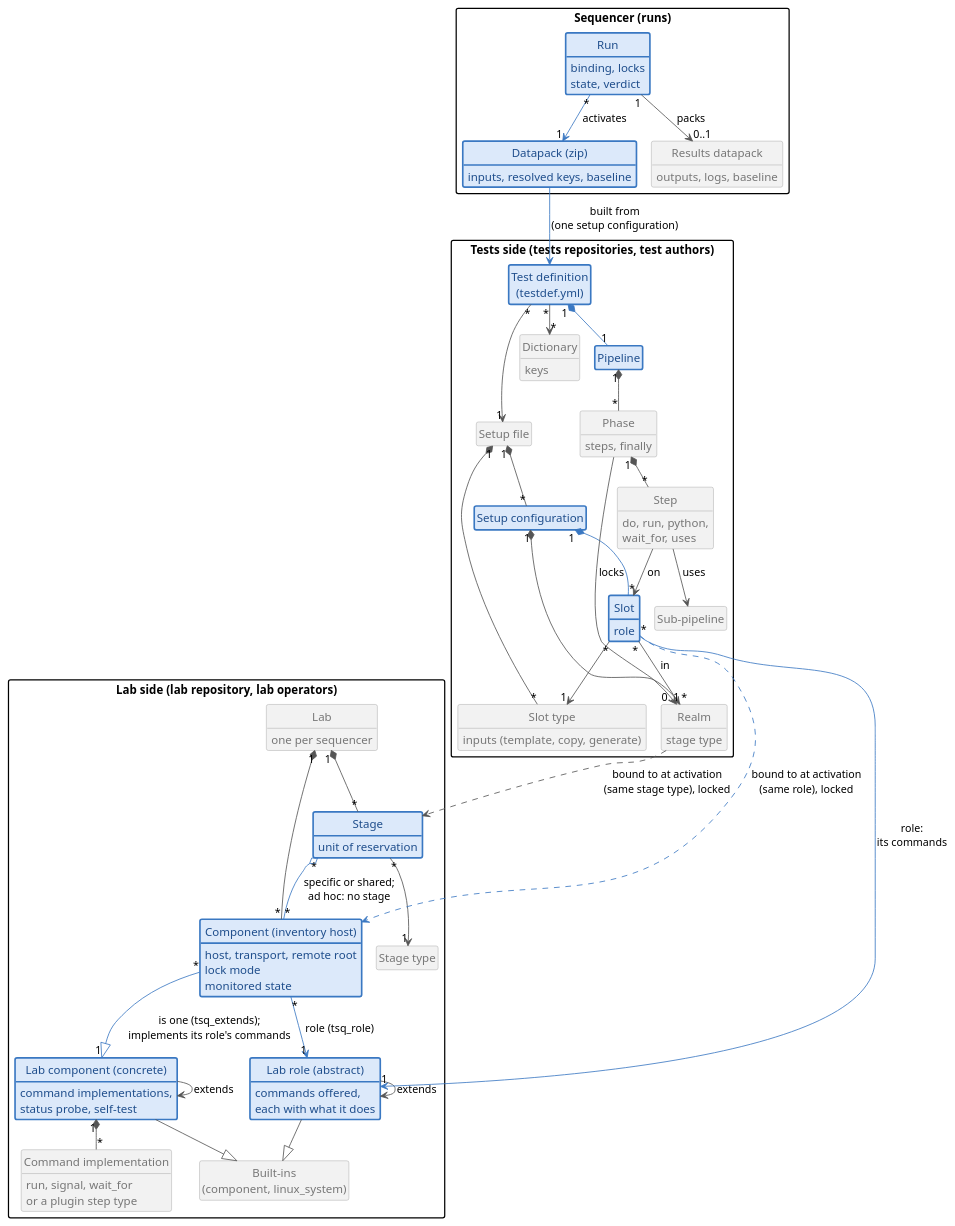
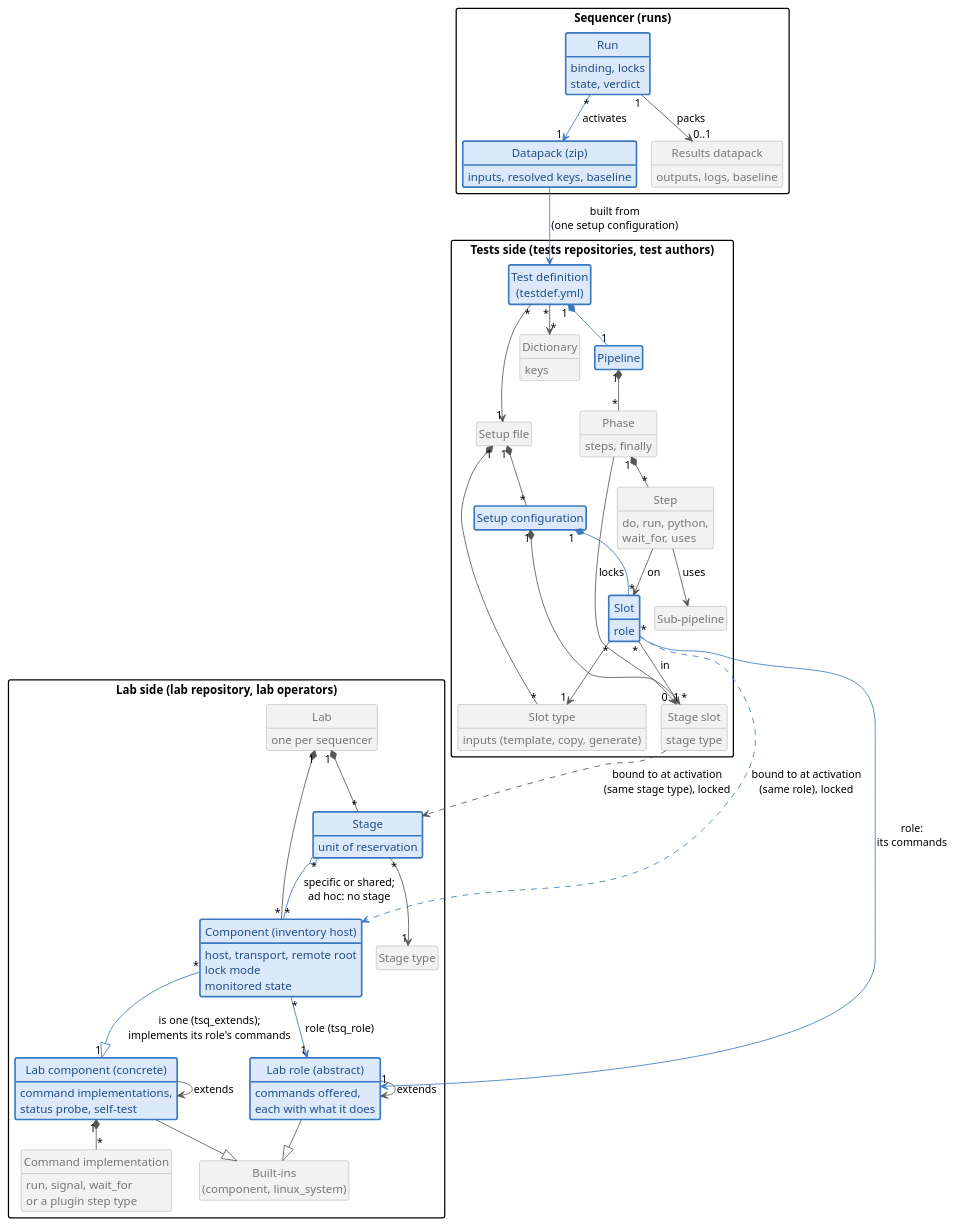
Before and after one commit to laurentmldev/testsuit: the diagram in docs/diagrams/data_model.puml, drawn with PlantUML. The commit also changed 39 other files, not shown here.

```diff
--- a/docs/diagrams/data_model.puml
+++ b/docs/diagrams/data_model.puml
@@ -1,118 +1,118 @@
 @startuml data_model
 !pragma layout smetana
 skinparam shadowing false
 skinparam defaultFontName Helvetica
 skinparam ArrowColor #555555
 skinparam classAttributeIconSize 0
 skinparam packageStyle rectangle
 hide circle
 hide empty members
 skinparam class {
   BackgroundColor #F2F2F2
   BorderColor #9A9A9A
   FontColor #555555
   AttributeFontColor #777777
 }
 
 package "Lab side (lab repository, lab operators)" as labside {
   class "Lab" as Lab {
     one per sequencer
   }
   class "Stage" as Stage #DCE9FA;line:3A78C2;line.bold;text:1F4E8C {
     unit of reservation
   }
   class "Stage type" as StageType
   class "Component (inventory host)" as Component #DCE9FA;line:3A78C2;line.bold;text:1F4E8C {
     host, transport, remote root
     lock mode
     monitored state
   }
   class "Lab role (abstract)" as LabRole #DCE9FA;line:3A78C2;line.bold;text:1F4E8C {
     commands offered,
     each with what it does
   }
   class "Lab component (concrete)" as LabComp #DCE9FA;line:3A78C2;line.bold;text:1F4E8C {
     command implementations,
     status probe, self-test
   }
   class "Built-ins\n(component, linux_system)" as BaseType
   class "Command implementation" as Command {
     run, signal, wait_for
     or a plugin step type
   }
 }
 
 package "Tests side (tests repositories, test authors)" as testside {
   class "Test definition\n(testdef.yml)" as TestDef #DCE9FA;line:3A78C2;line.bold;text:1F4E8C
   class "Setup file" as Setup
   class "Setup configuration" as SetupConf #DCE9FA;line:3A78C2;line.bold;text:1F4E8C
-  class "Realm" as LStage {
+  class "Stage slot" as LStage {
     stage type
   }
   class "Slot" as LComp #DCE9FA;line:3A78C2;line.bold;text:1F4E8C {
     role
   }
   class "Slot type" as DpType {
     inputs (template, copy, generate)
   }
   class "Dictionary" as Dict {
     keys
   }
   class "Pipeline" as Pipeline #DCE9FA;line:3A78C2;line.bold;text:1F4E8C
   class "Phase" as Phase {
     steps, finally
   }
   class "Step" as Step {
     do, run, python,
     wait_for, uses
   }
   class "Sub-pipeline" as SubPipe
 }
 
 package "Sequencer (runs)" as runside {
   class "Datapack (zip)" as Datapack #DCE9FA;line:3A78C2;line.bold;text:1F4E8C {
     inputs, resolved keys, baseline
   }
   class "Run" as Run #DCE9FA;line:3A78C2;line.bold;text:1F4E8C {
     binding, locks
     state, verdict
   }
   class "Results datapack" as Results {
     outputs, logs, baseline
   }
 }
 
 Lab "1" *-- "*" Stage
 Lab "1" *-- "*" Component
 Stage "*" o-[#3A78C2]- "*" Component : specific or shared;\nad hoc: no stage
 Stage "*" --> "1" StageType
 Component "*" -[#3A78C2]-> "1" LabRole : role (tsq_role)
 Component "*" -[#3A78C2]-|> "1" LabComp : is one (tsq_extends);\nimplements its role's commands
 LabRole --> LabRole : extends
 LabComp --> LabComp : extends
 LabRole --|> BaseType
 LabComp --|> BaseType
 LabComp "1" *-- "*" Command
 
 TestDef "*" --> "1" Setup
 TestDef "1" *-[#3A78C2]- "1" Pipeline
 TestDef "*" --> "*" Dict
 Setup "1" *-- "*" SetupConf
 Setup "1" *-- "*" DpType
 SetupConf "1" *-- "*" LStage
 SetupConf "1" *-[#3A78C2]- "*" LComp
 LComp "*" --> "0..1" LStage : in
 LComp "*" --> "1" DpType
 LComp "*" -[#3A78C2]-> "1" LabRole : role:\nits commands
 Pipeline "1" *-- "*" Phase
 Phase "1" *-- "*" Step
 Step --> SubPipe : uses
 Step --> LComp : on
 Phase --> LStage : locks
 
 Datapack -[#3A78C2]-> TestDef : built from\n(one setup configuration)
 Run "*" -[#3A78C2]-> "1" Datapack : activates
 LStage ..> Stage : bound to at activation\n(same stage type), locked
 LComp .[#3A78C2].> Component : bound to at activation\n(same role), locked
 Run "1" --> "0..1" Results : packs
 @enduml
```
